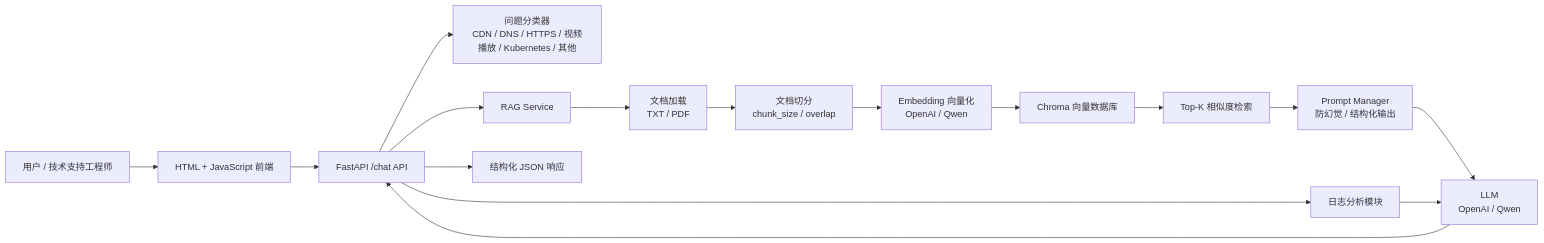
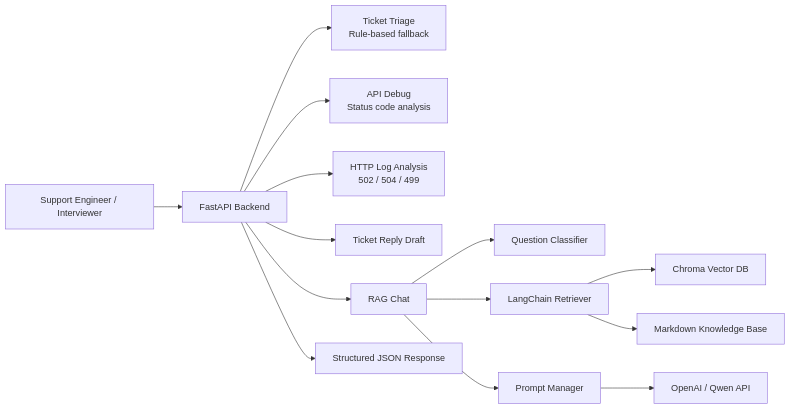
One commit to HAHAL/cloudsupport-ai changed the diagram in README.md. Above: the diagram before and after it, drawn with Mermaid. The commit also changed other lines of this file and 19 other files, not shown here.

Commit message:
Add support APIs knowledge base and interview docs

````diff
--- a/README.md
+++ b/README.md
@@ -9,21 +38,19 @@
 ```mermaid
 flowchart LR
-    User["用户 / 技术支持工程师"] --> Frontend["HTML + JavaScript 前端"]
-    Frontend --> API["FastAPI /chat API"]
+    User["Support Engineer / Interviewer"] --> API["FastAPI Backend"]
 
-    API --> Classifier["问题分类器<br/>CDN / DNS / HTTPS / 视频播放 / Kubernetes / 其他"]
-    API --> RAG["RAG Service"]
-    API --> LogAnalyzer["日志分析模块"]
+    API --> Triage["Ticket Triage<br/>Rule-based fallback"]
+    API --> Debug["API Debug<br/>Status code analysis"]
+    API --> Logs["HTTP Log Analysis<br/>502 / 504 / 499"]
+    API --> Reply["Ticket Reply Draft"]
+    API --> Chat["RAG Chat"]
 
-    RAG --> Loader["文档加载<br/>TXT / PDF"]
-    Loader --> Splitter["文档切分<br/>chunk_size / overlap"]
-    Splitter --> Embedding["Embedding 向量化<br/>OpenAI / Qwen"]
-    Embedding --> Chroma["Chroma 向量数据库"]
-    Chroma --> Retriever["Top-K 相似度检索"]
-    Retriever --> Prompt["Prompt Manager<br/>防幻觉 / 结构化输出"]
-    Prompt --> LLM["LLM<br/>OpenAI / Qwen"]
-    LLM --> API
+    Chat --> Classifier["Question Classifier"]
+    Chat --> Retriever["LangChain Retriever"]
+    Retriever --> Chroma["Chroma Vector DB"]
+    Retriever --> KB["Markdown Knowledge Base"]
+    Chat --> Prompt["Prompt Manager"]
+    Prompt --> LLM["OpenAI / Qwen API"]
 
-    LogAnalyzer --> LLM
-    API --> Response["结构化 JSON 响应"]
+    API --> JSON["Structured JSON Response"]
 ```
````
